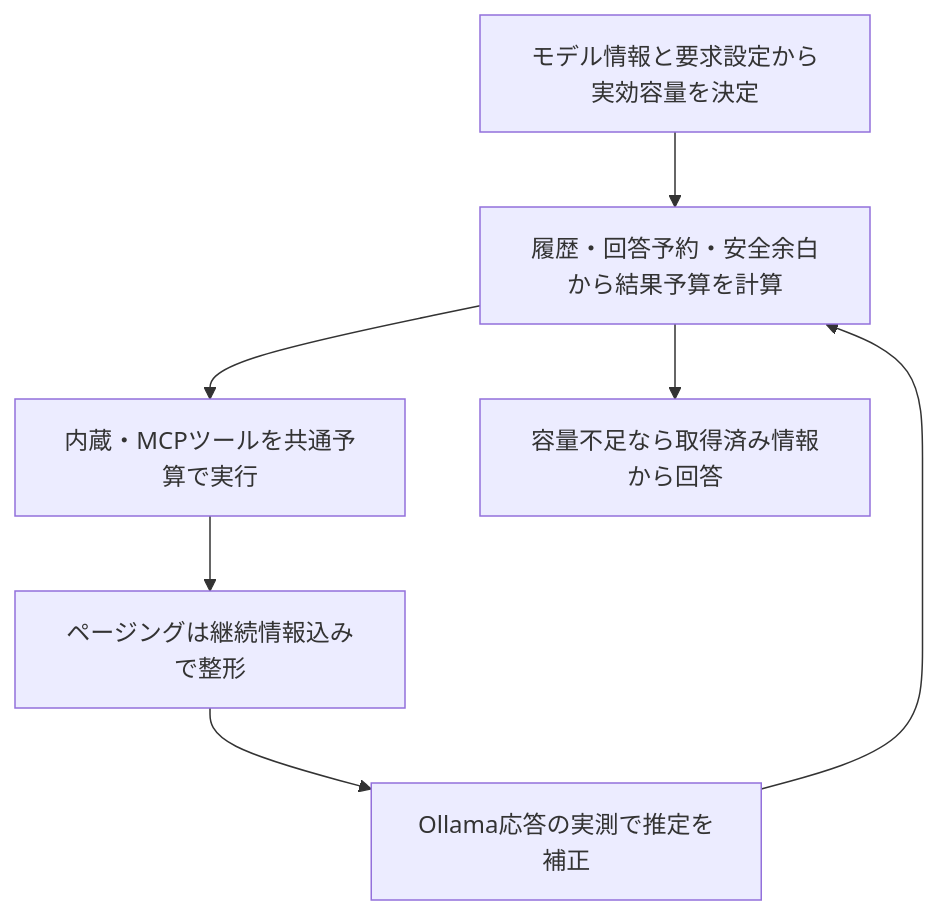
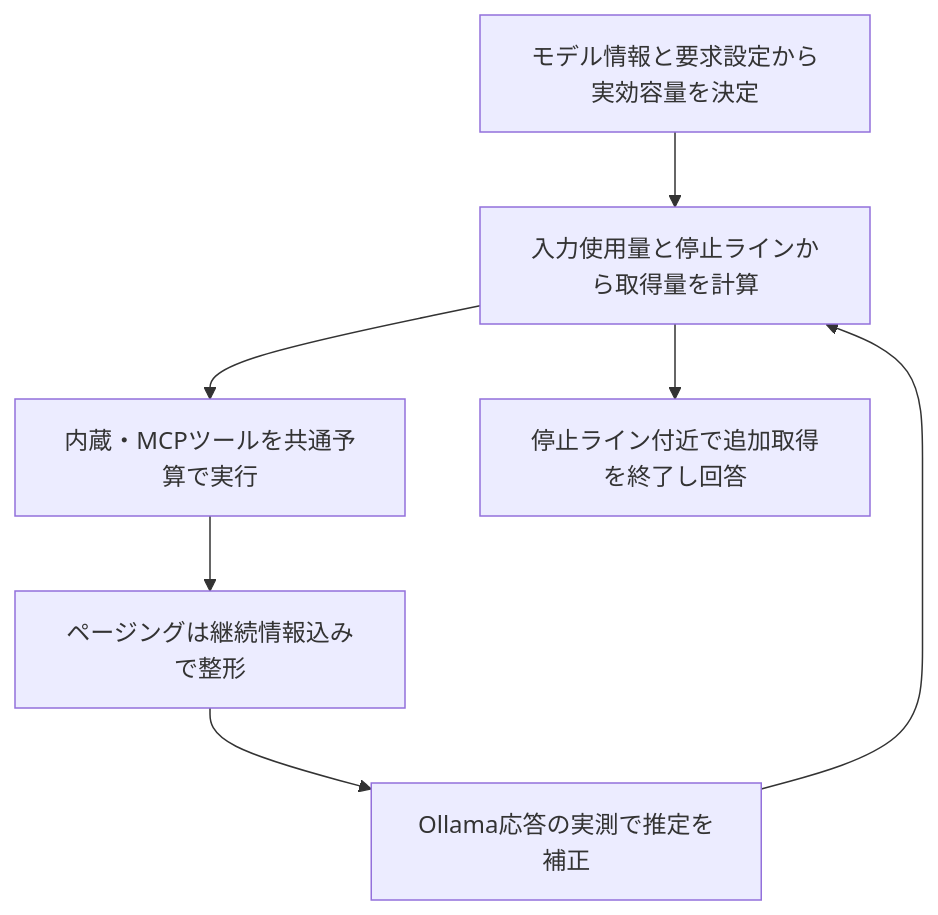
One commit to takashi000/ollama-web changed the second of 3 diagrams in docs/tools-schema.md. Above: the diagram before and after it, drawn with Mermaid. The commit also changed other lines of this file and 4 other files, not shown here.

````diff
--- a/docs/tools-schema.md
+++ b/docs/tools-schema.md
@@ -270,9 +270,9 @@
 ```mermaid
 flowchart TD
-    C[モデル情報と要求設定から実効容量を決定] --> B[履歴・回答予約・安全余白から結果予算を計算]
+    C[モデル情報と要求設定から実効容量を決定] --> B[入力使用量と停止ラインから取得量を計算]
     B --> T[内蔵・MCPツールを共通予算で実行]
     T --> P[ページングは継続情報込みで整形]
     P --> R[Ollama応答の実測で推定を補正]
     R --> B
-    B --> F[容量不足なら取得済み情報から回答]
+    B --> F[停止ライン付近で追加取得を終了し回答]
 ```
````
